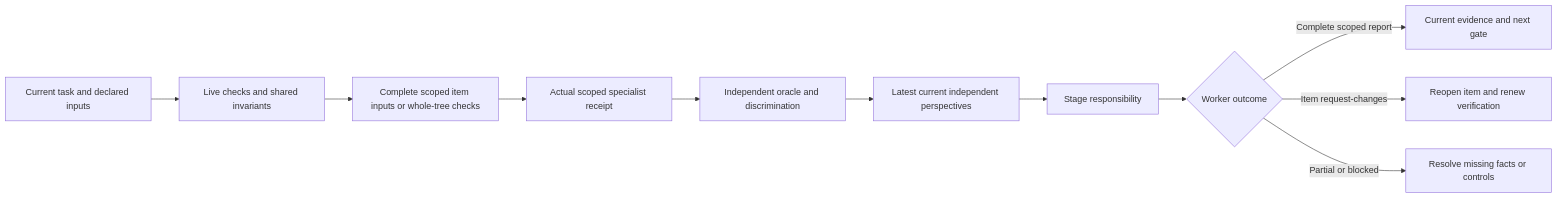
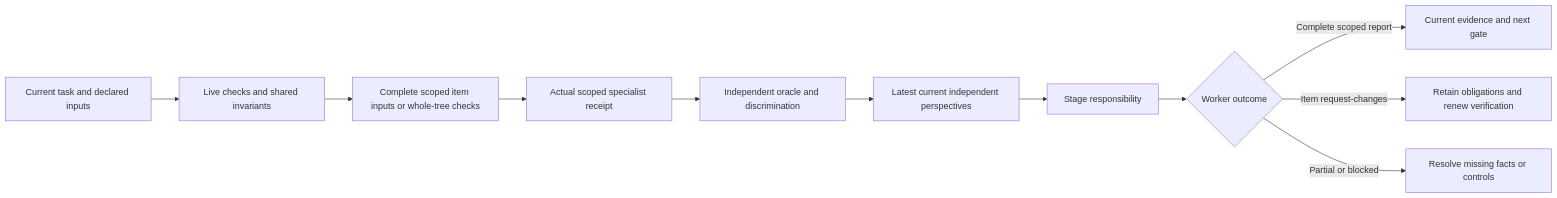
Before and after one commit to wgentil/devflow: the diagram in skills/review-work/SKILL.md, drawn with Mermaid. The commit also changed other lines of this file and 21 other files, not shown here.

````diff
--- a/skills/review-work/SKILL.md
+++ b/skills/review-work/SKILL.md
@@ -18,13 +18,13 @@
 ```mermaid
 flowchart LR
     Scope[Current task and declared inputs] --> Checks[Live checks and shared invariants]
     Checks --> Inputs[Complete scoped item inputs or whole-tree checks]
     Inputs --> Model[Actual scoped specialist receipt]
     Model --> Quality[Independent oracle and discrimination]
     Quality --> Coverage[Latest current independent perspectives]
     Coverage --> Work[Stage responsibility]
     Work --> Result{Worker outcome}
     Result -->|Complete scoped report| Evidence[Current evidence and next gate]
-    Result -->|Item request-changes| Retry[Reopen item and renew verification]
+    Result -->|Item request-changes| Retry[Retain obligations and renew verification]
     Result -->|Partial or blocked| Recover[Resolve missing facts or controls]
 ```
````
